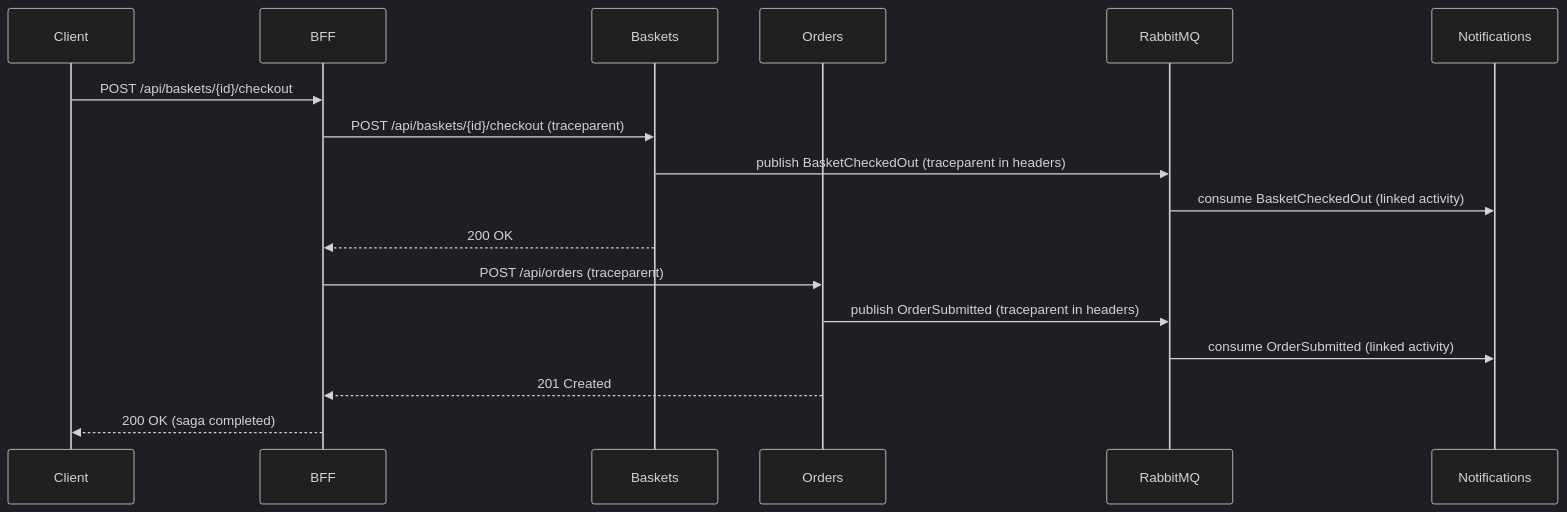
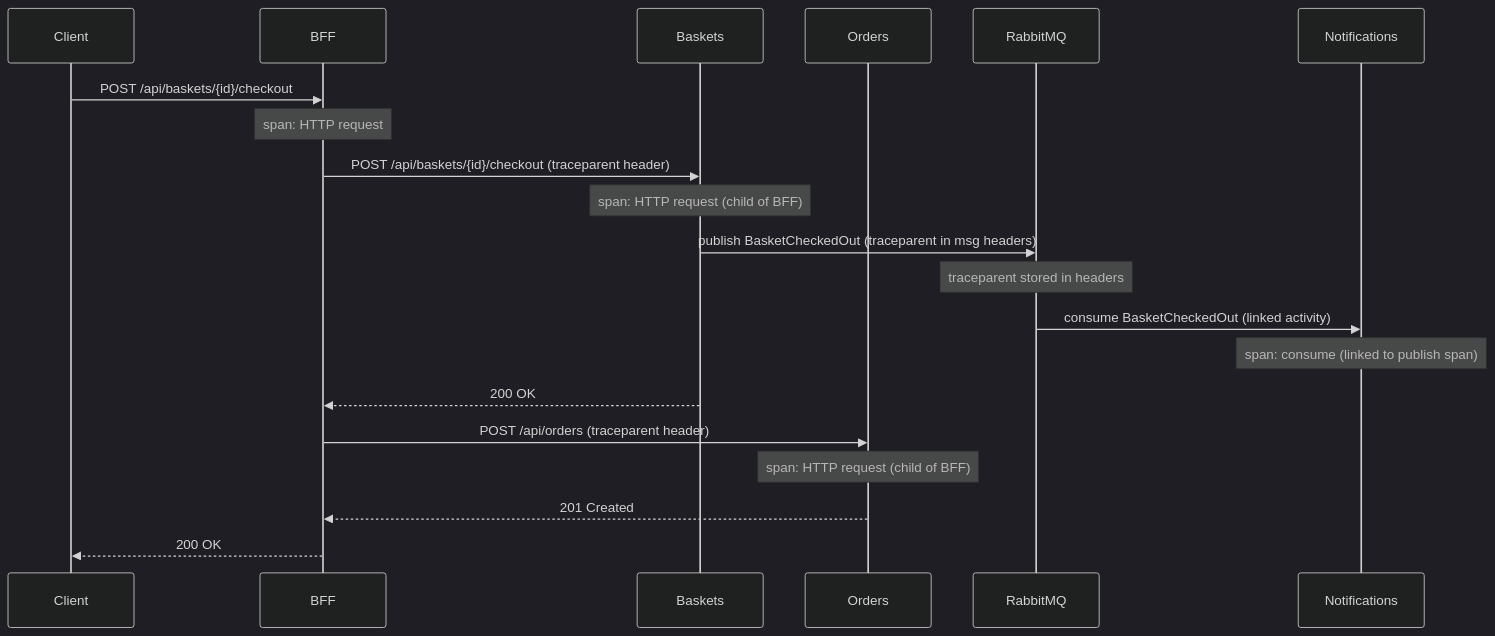
The diagram in docs/notes/09-distributed-tracing.md (rahomi/Demo-MicroServices), drawn with Mermaid (dark theme) before and after one commit. The commit also changed other lines of this file and 14 other files, not shown here.

First line of the commit message:
docs: transform notes to concept-tutorial style with Obsidian callouts, code diffs, Mermaid diagrams

````diff
--- a/docs/notes/09-distributed-tracing.md
+++ b/docs/notes/09-distributed-tracing.md
@@ -36,20 +52,23 @@
 ```mermaid
 sequenceDiagram
     participant Client
     participant BFF
     participant Baskets
     participant Orders
     participant RabbitMQ
     participant Notifications
 
     Client->>BFF: POST /api/baskets/{id}/checkout
-    BFF->>Baskets: POST /api/baskets/{id}/checkout (traceparent)
-    Baskets->>RabbitMQ: publish BasketCheckedOut (traceparent in headers)
+    Note over BFF: span: HTTP request
+    BFF->>Baskets: POST /api/baskets/{id}/checkout (traceparent header)
+    Note over Baskets: span: HTTP request (child of BFF)
+    Baskets->>RabbitMQ: publish BasketCheckedOut (traceparent in msg headers)
+    Note over RabbitMQ: traceparent stored in headers
     RabbitMQ->>Notifications: consume BasketCheckedOut (linked activity)
+    Note over Notifications: span: consume (linked to publish span)
     Baskets-->>BFF: 200 OK
-    BFF->>Orders: POST /api/orders (traceparent)
-    Orders->>RabbitMQ: publish OrderSubmitted (traceparent in headers)
-    RabbitMQ->>Notifications: consume OrderSubmitted (linked activity)
+    BFF->>Orders: POST /api/orders (traceparent header)
+    Note over Orders: span: HTTP request (child of BFF)
     Orders-->>BFF: 201 Created
-    BFF-->>Client: 200 OK (saga completed)
+    BFF-->>Client: 200 OK
 ```
````
